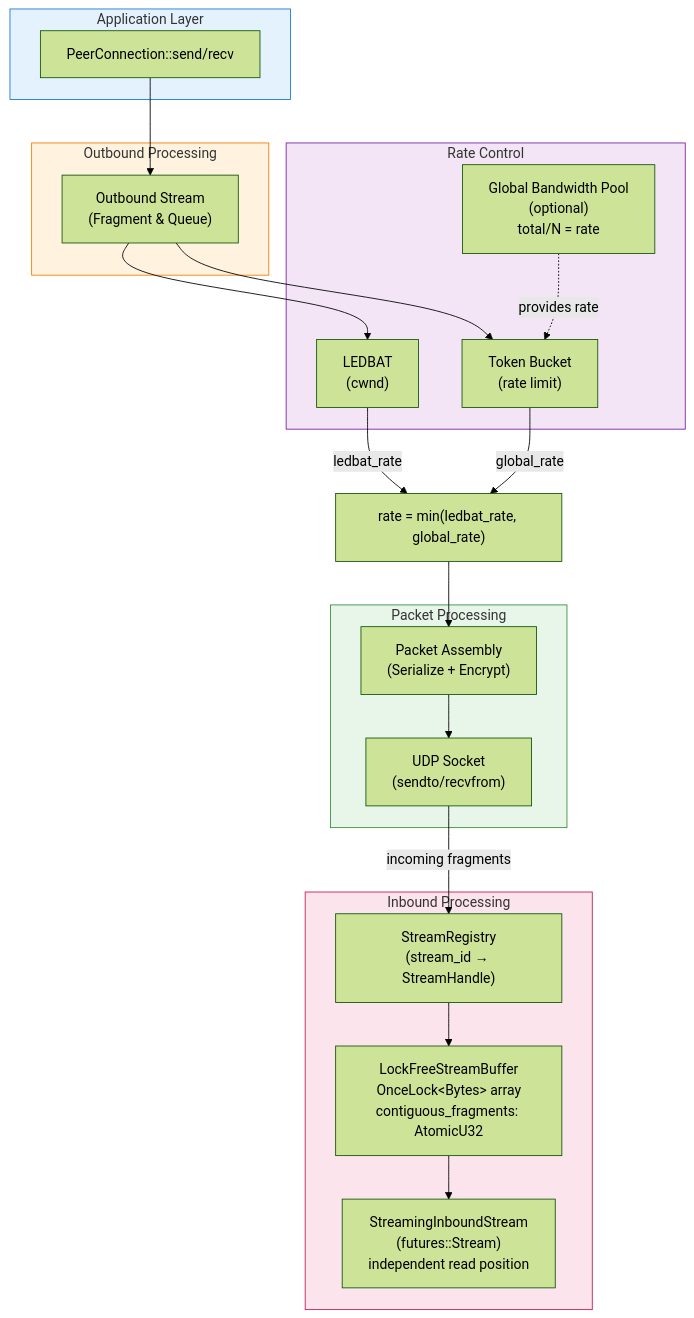
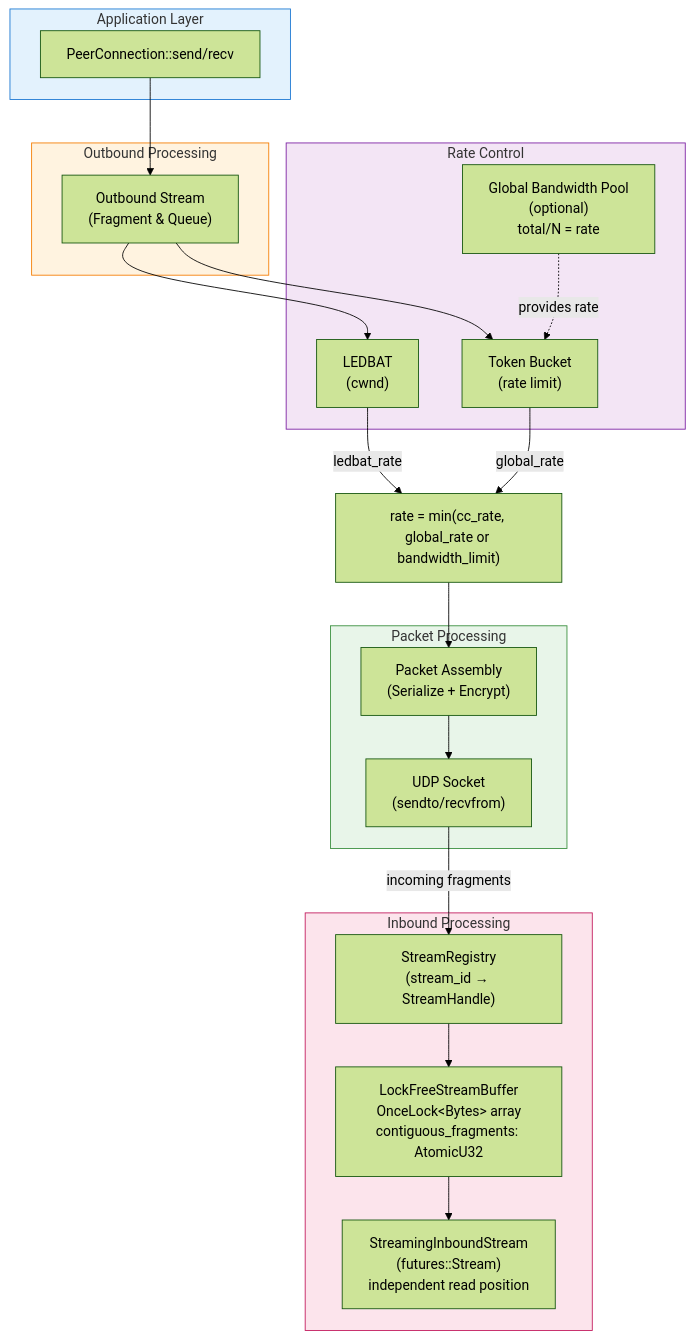
One commit to freenet/freenet-core changed the diagram in docs/architecture/transport/README.md. Above: the diagram before and after it, drawn with Mermaid (forest theme). The commit also changed other lines of this file and 9 other files, not shown here.

Commit message:
fix(transport): keep the configured bandwidth-limit on every rate update (#6051)

````diff
--- a/docs/architecture/transport/README.md
+++ b/docs/architecture/transport/README.md
@@ -202,45 +202,45 @@
 ```mermaid
 flowchart TB
     subgraph Application["Application Layer"]
         PeerConn["PeerConnection::send/recv"]
     end
 
     subgraph Outbound["Outbound Processing"]
         OutStream["Outbound Stream<br/>(Fragment & Queue)"]
     end
 
     subgraph RateControl["Rate Control"]
         LEDBAT["LEDBAT<br/>(cwnd)"]
         TokenBucket["Token Bucket<br/>(rate limit)"]
         GlobalBW["Global Bandwidth Pool<br/>(optional)<br/>total/N = rate"]
     end
 
     subgraph PacketProc["Packet Processing"]
         Assembly["Packet Assembly<br/>(Serialize + Encrypt)"]
         UDP["UDP Socket<br/>(sendto/recvfrom)"]
     end
 
     subgraph Inbound["Inbound Processing"]
         Registry["StreamRegistry<br/>(stream_id → StreamHandle)"]
         Buffer["LockFreeStreamBuffer<br/>OnceLock&lt;Bytes&gt; array<br/>contiguous_fragments: AtomicU32"]
         InStream["StreamingInboundStream<br/>(futures::Stream)<br/>independent read position"]
     end
 
     PeerConn --> OutStream
     OutStream --> LEDBAT
     OutStream --> TokenBucket
     GlobalBW -.->|"provides rate"| TokenBucket
-    LEDBAT -->|"ledbat_rate"| RateCalc["rate = min(ledbat_rate, global_rate)"]
+    LEDBAT -->|"ledbat_rate"| RateCalc["rate = min(cc_rate, global_rate or bandwidth_limit)"]
     TokenBucket -->|"global_rate"| RateCalc
     RateCalc --> Assembly
     Assembly --> UDP
     UDP -->|"incoming fragments"| Registry
     Registry --> Buffer
     Buffer --> InStream
 
     style Application fill:#e3f2fd,stroke:#1976d2
     style Outbound fill:#fff3e0,stroke:#f57c00
     style RateControl fill:#f3e5f5,stroke:#7b1fa2
     style PacketProc fill:#e8f5e9,stroke:#388e3c
     style Inbound fill:#fce4ec,stroke:#c2185b
 ```
````
